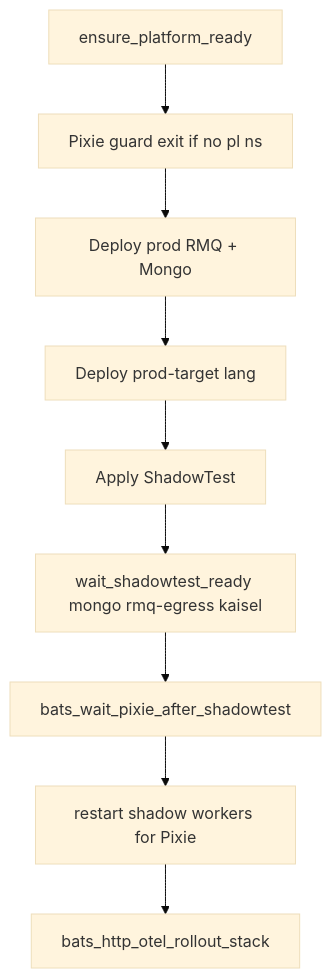
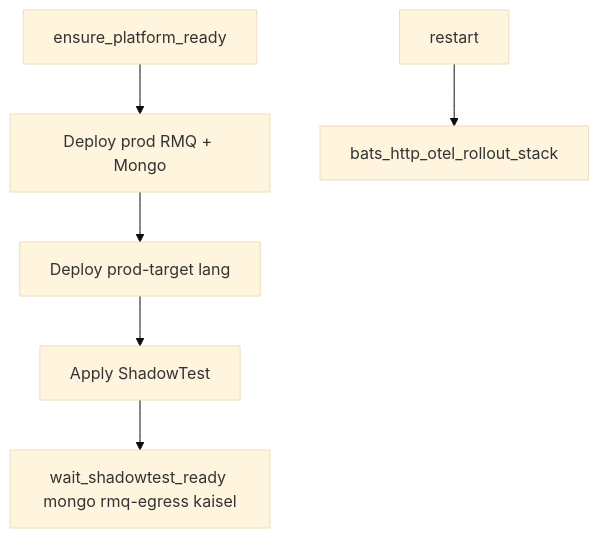
Before and after one commit to nederrgo/shadow-diff: the first of 2 diagrams in docs/verification/http-ingress-e2e-flow.md, drawn with Mermaid (base theme). The commit also changed other lines of this file and 135 other files, not shown here.

````diff
--- a/docs/verification/http-ingress-e2e-flow.md
+++ b/docs/verification/http-ingress-e2e-flow.md
@@ -46,11 +45,8 @@
 ```mermaid
 flowchart TD
-  plat[ensure_platform_ready] --> pixieGuard[Pixie guard exit if no pl ns]
-  pixieGuard --> deps[Deploy prod RMQ + Mongo]
+  plat[ensure_platform_ready] --> deps[Deploy prod RMQ + Mongo]
   deps --> worker[Deploy prod-target lang]
   worker --> st[Apply ShadowTest]
   st --> wait[wait_shadowtest_ready mongo rmq-egress kaisel]
-  wait --> mongoPxL[bats_wait_pixie_after_shadowtest]
-  mongoPxL --> restart[restart shadow workers for Pixie]
   restart --> rollout[bats_http_otel_rollout_stack]
 ```
````
